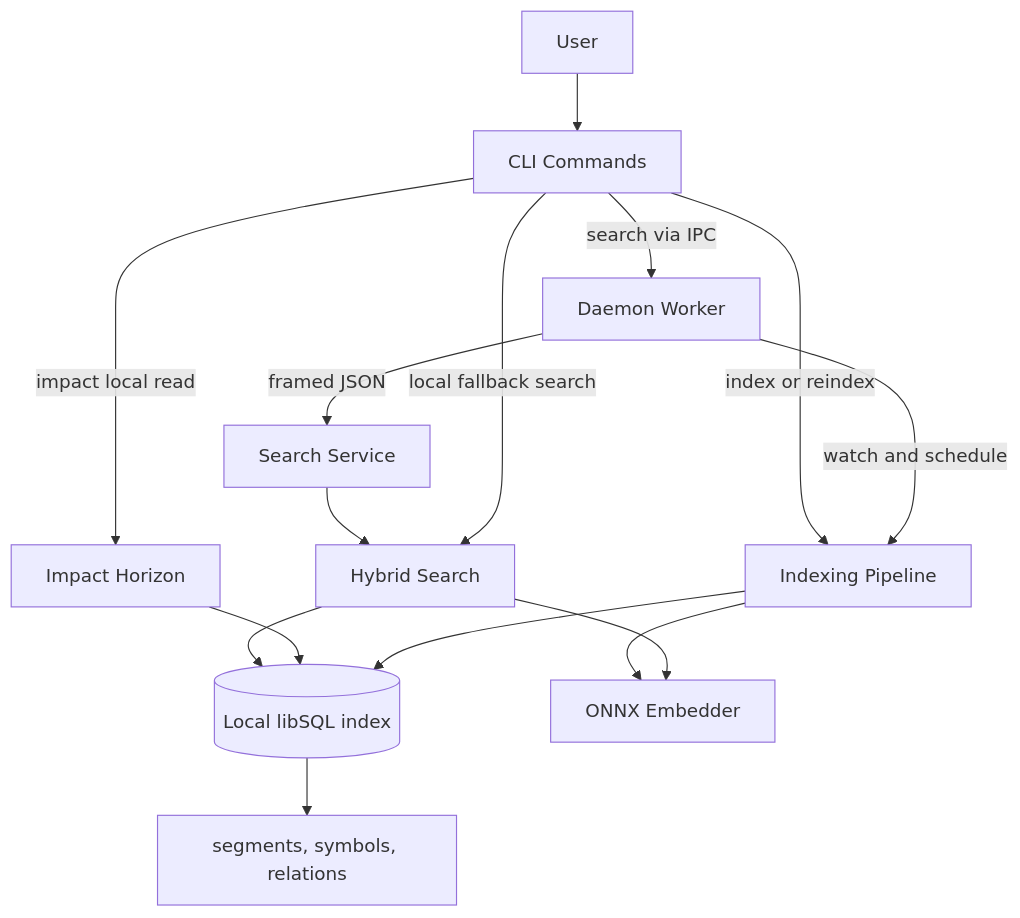
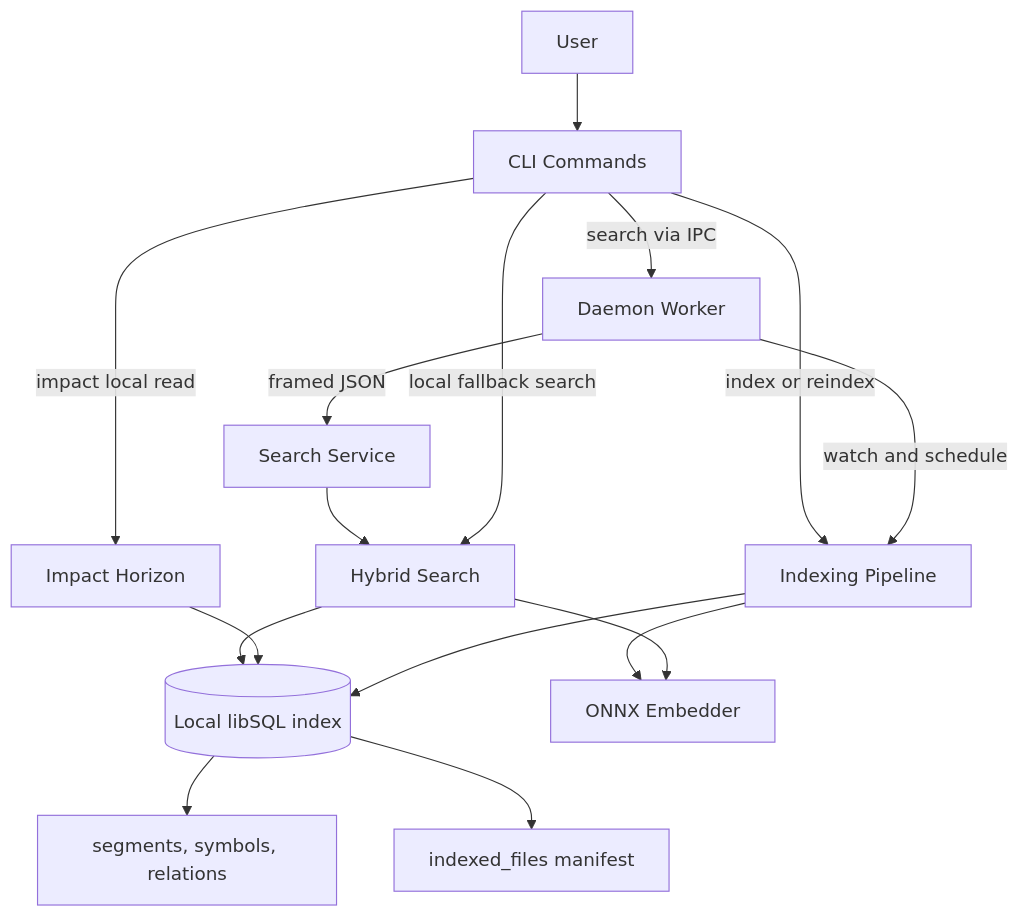
Before and after one commit to rp1-run/1up: the diagram in .rp1/context/architecture.md, drawn with Mermaid. The commit also changed other lines of this file and 4 other files, not shown here.

````diff
--- a/.rp1/context/architecture.md
+++ b/.rp1/context/architecture.md
@@ -93,17 +103,18 @@
 ```mermaid
 graph TB
     User[User] --> CLI[CLI Commands]
     CLI -->|search via IPC| Daemon[Daemon Worker]
     CLI -->|impact local read| Impact[Impact Horizon]
     CLI -->|index or reindex| Indexer[Indexing Pipeline]
     Daemon -->|watch and schedule| Indexer
     Daemon -->|framed JSON| SearchSvc[Search Service]
     SearchSvc --> Search[Hybrid Search]
     CLI -->|local fallback search| Search
     Search --> DB[(Local libSQL index)]
     Impact --> DB
     Indexer --> DB
     Indexer --> Model[ONNX Embedder]
     Search --> Model
     DB --> Rels[segments, symbols, relations]
+    DB --> Manifest[indexed_files manifest]
 ```
````
